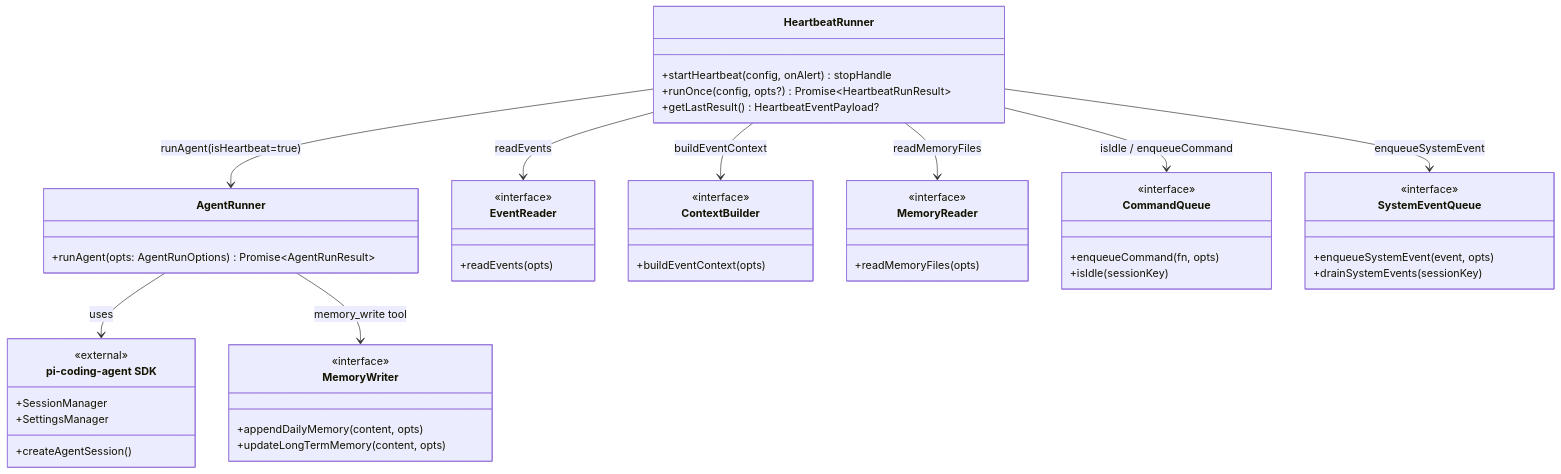
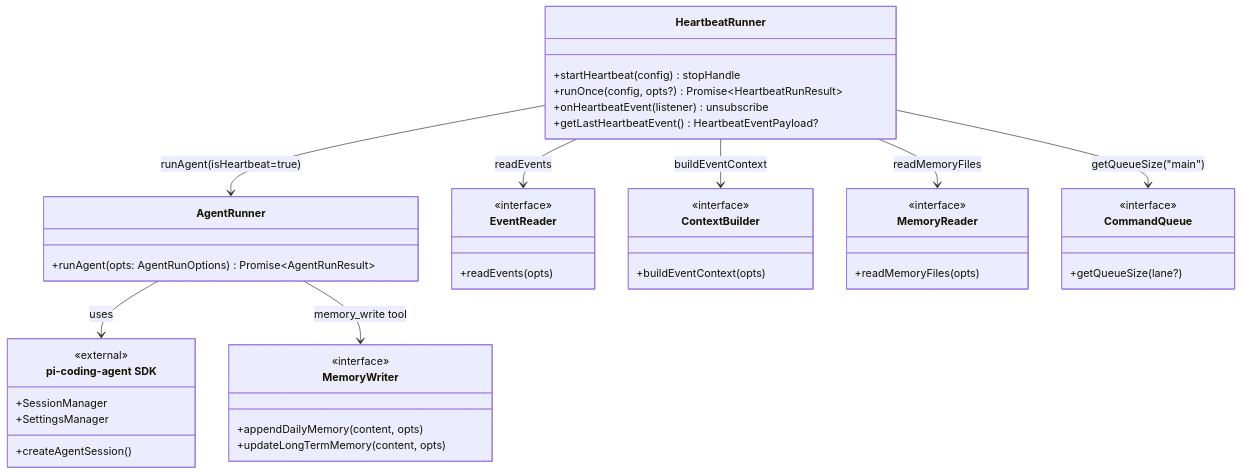
Before and after one commit to masahide/adjutant: the first of 4 diagrams in doc/plan/260215-s02-ai-agent-heartbeat.md, drawn with Mermaid. The commit also changed other lines of this file and 3 other files, not shown here.

````diff
--- a/doc/plan/260215-s02-ai-agent-heartbeat.md
+++ b/doc/plan/260215-s02-ai-agent-heartbeat.md
@@ -417,61 +403,54 @@
 ```mermaid
 classDiagram
     class AgentRunner {
         +runAgent(opts: AgentRunOptions) Promise~AgentRunResult~
     }
 
     class HeartbeatRunner {
-        +startHeartbeat(config, onAlert) stopHandle
+        +startHeartbeat(config) stopHandle
         +runOnce(config, opts?) Promise~HeartbeatRunResult~
-        +getLastResult() HeartbeatEventPayload?
+        +onHeartbeatEvent(listener) unsubscribe
+        +getLastHeartbeatEvent() HeartbeatEventPayload?
     }
 
     class EventReader {
         <<interface>>
         +readEvents(opts)
     }
 
     class ContextBuilder {
         <<interface>>
         +buildEventContext(opts)
     }
 
     class MemoryReader {
         <<interface>>
         +readMemoryFiles(opts)
     }
 
     class MemoryWriter {
         <<interface>>
         +appendDailyMemory(content, opts)
         +updateLongTermMemory(content, opts)
     }
 
     class CommandQueue {
         <<interface>>
-        +enqueueCommand(fn, opts)
-        +isIdle(sessionKey)
-    }
-
-    class SystemEventQueue {
-        <<interface>>
-        +enqueueSystemEvent(event, opts)
-        +drainSystemEvents(sessionKey)
+        +getQueueSize(lane?)
     }
 
     class SDK["pi-coding-agent SDK"] {
         <<external>>
         +createAgentSession()
         +SessionManager
         +SettingsManager
     }
 
     AgentRunner --> SDK : uses
     AgentRunner --> MemoryWriter : memory_write tool
     HeartbeatRunner --> AgentRunner : runAgent(isHeartbeat=true)
     HeartbeatRunner --> EventReader : readEvents
     HeartbeatRunner --> ContextBuilder : buildEventContext
     HeartbeatRunner --> MemoryReader : readMemoryFiles
-    HeartbeatRunner --> CommandQueue : isIdle / enqueueCommand
-    HeartbeatRunner --> SystemEventQueue : enqueueSystemEvent
+    HeartbeatRunner --> CommandQueue : getQueueSize("main")
 ```
````
